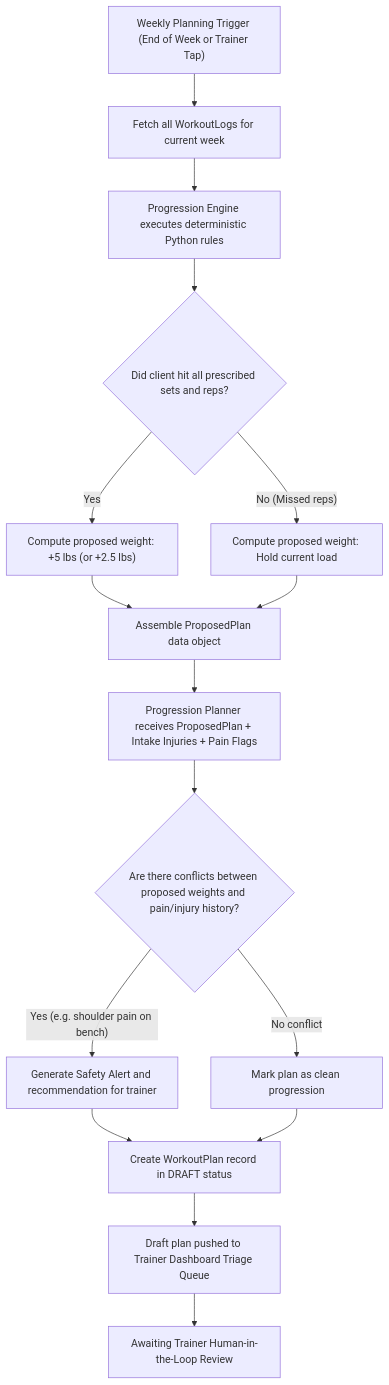
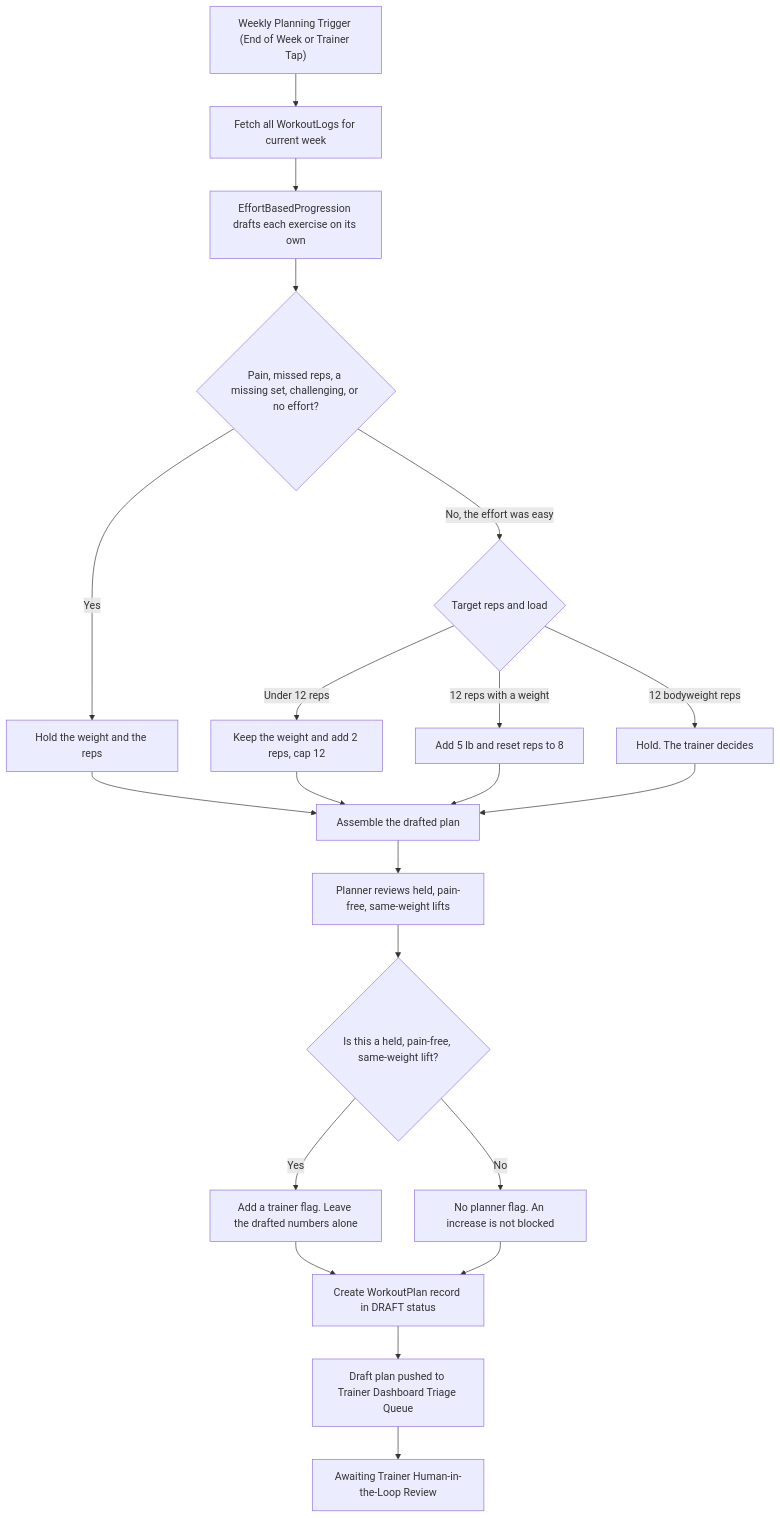
One commit to justin-day-pursuit/trainer-agent-app changed the third of 7 diagrams in documents/03-user-flows.md. Above: the diagram before and after it, drawn with Mermaid. The commit also changed other lines of this file and 5 other files, not shown here.

First line of the commit message:
Record the reps-first rule and the planner's flag-only role.

````diff
--- a/documents/03-user-flows.md
+++ b/documents/03-user-flows.md
@@ -71,18 +71,23 @@
 ```mermaid
 flowchart TD
     A["Weekly Planning Trigger (End of Week or Trainer Tap)"] --> B["Fetch all WorkoutLogs for current week"]
-    B --> C["Progression Engine executes deterministic Python rules"]
-    C --> D{"Did client hit all prescribed sets and reps?"}
-    D -- "Yes" --> E["Compute proposed weight: +5 lbs (or +2.5 lbs)"]
-    D -- "No (Missed reps)" --> F["Compute proposed weight: Hold current load"]
-    E --> G["Assemble ProposedPlan data object"]
-    F --> G
-    G --> H["Progression Planner receives ProposedPlan + Intake Injuries + Pain Flags"]
-    H --> I{"Are there conflicts between proposed weights and pain/injury history?"}
-    I -- "Yes (e.g. shoulder pain on bench)" --> J["Generate Safety Alert and recommendation for trainer"]
-    I -- "No conflict" --> K["Mark plan as clean progression"]
-    J --> L["Create WorkoutPlan record in DRAFT status"]
-    K --> L
-    L --> M["Draft plan pushed to Trainer Dashboard Triage Queue"]
-    M --> N["Awaiting Trainer Human-in-the-Loop Review"]
+    B --> C["EffortBasedProgression drafts each exercise on its own"]
+    C --> D{"Pain, missed reps, a missing set, challenging, or no effort?"}
+    D -- "Yes" --> E["Hold the weight and the reps"]
+    D -- "No, the effort was easy" --> F{"Target reps and load"}
+    F -- "Under 12 reps" --> G["Keep the weight and add 2 reps, cap 12"]
+    F -- "12 reps with a weight" --> H["Add 5 lb and reset reps to 8"]
+    F -- "12 bodyweight reps" --> I["Hold. The trainer decides"]
+    E --> J["Assemble the drafted plan"]
+    G --> J
+    H --> J
+    I --> J
+    J --> K["Planner reviews held, pain-free, same-weight lifts"]
+    K --> L{"Is this a held, pain-free, same-weight lift?"}
+    L -- "Yes" --> M["Add a trainer flag. Leave the drafted numbers alone"]
+    L -- "No" --> N["No planner flag. An increase is not blocked"]
+    M --> O["Create WorkoutPlan record in DRAFT status"]
+    N --> O
+    O --> P["Draft plan pushed to Trainer Dashboard Triage Queue"]
+    P --> Q["Awaiting Trainer Human-in-the-Loop Review"]
 ```
````
